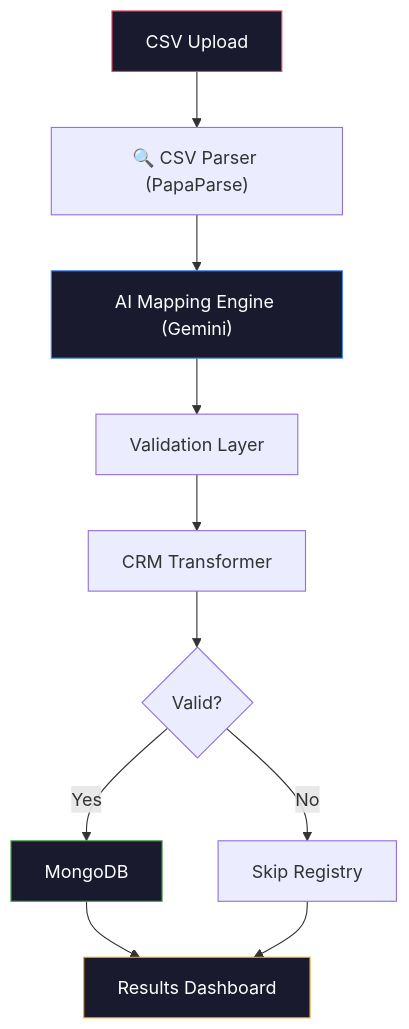
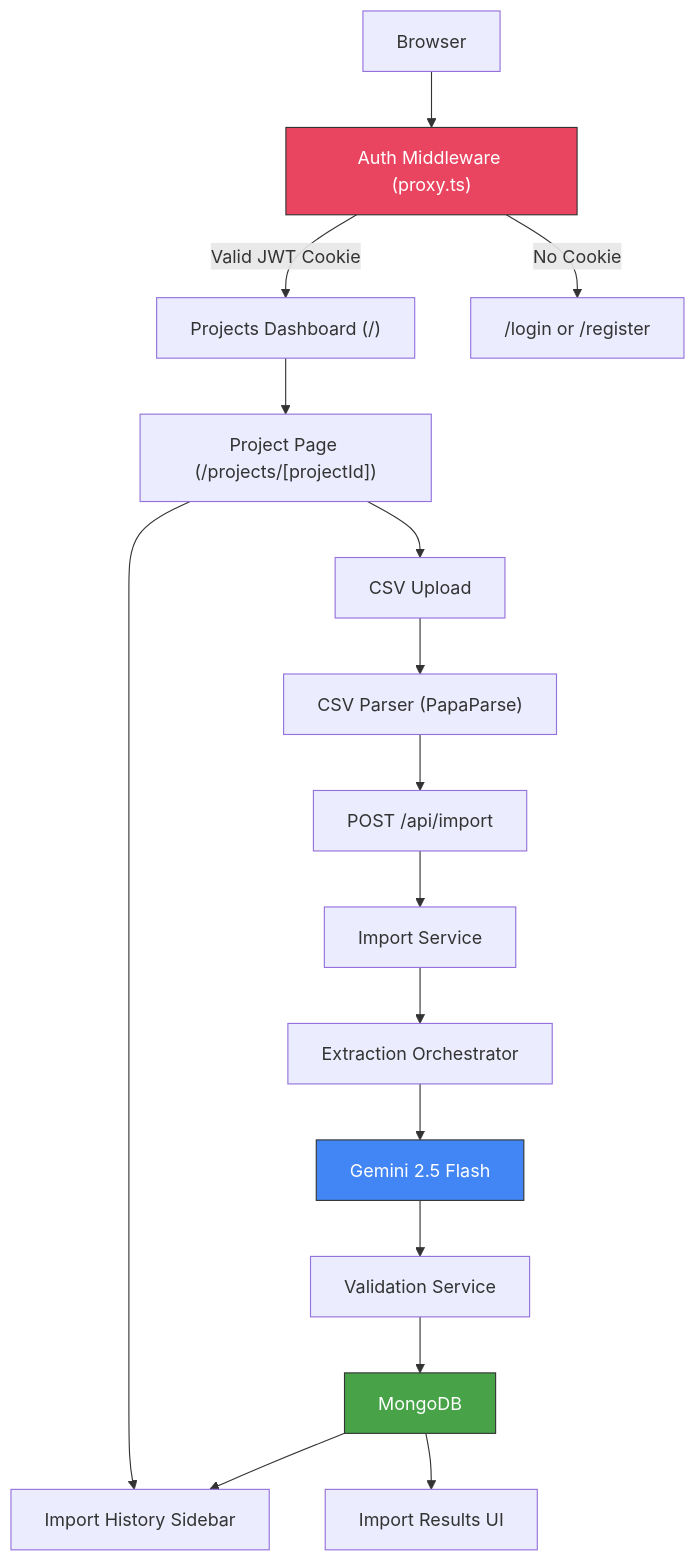
One commit to souma9830/GrowEasy changed the first of 2 diagrams in README.md. Above: the diagram before and after it, drawn with Mermaid. The commit also changed other lines of this file, not shown here.

````diff
--- a/README.md
+++ b/README.md
@@ -87,17 +97,24 @@
 ```mermaid
 flowchart TD
-    A["CSV Upload"] --> B["🔍 CSV Parser (PapaParse)"]
-    B --> C["AI Mapping Engine (Gemini)"]
-    C --> D[" Validation Layer"]
-    D --> E[" CRM Transformer"]
-    E --> F{"Valid?"}
-    F -- Yes --> G[" MongoDB"]
-    F -- No --> H[" Skip Registry"]
-    G --> I[" Results Dashboard"]
-    H --> I
+    A["Browser"] --> AUTH["Auth Middleware (proxy.ts)"]
+    AUTH -->|"Valid JWT Cookie"| DASH["Projects Dashboard (/)"]
+    AUTH -->|"No Cookie"| LOGIN["/login or /register"]
 
-    style A fill:#1a1a2e,stroke:#e94560,color:#fff
-    style C fill:#1a1a2e,stroke:#4285f4,color:#fff
-    style G fill:#1a1a2e,stroke:#47a248,color:#fff
-    style I fill:#1a1a2e,stroke:#f39c12,color:#fff
+    DASH --> PROJ["Project Page (/projects/[projectId])"]
+    PROJ --> SIDEBAR["Import History Sidebar"]
+    PROJ --> UPLOAD["CSV Upload"]
+
+    UPLOAD --> PARSE["CSV Parser (PapaParse)"]
+    PARSE --> API["POST /api/import"]
+    API --> SVC["Import Service"]
+    SVC --> ORCH["Extraction Orchestrator"]
+    ORCH --> GEMINI["Gemini 2.5 Flash"]
+    GEMINI --> VAL["Validation Service"]
+    VAL --> DB["MongoDB"]
+    DB --> RESULTS["Import Results UI"]
+    DB --> SIDEBAR
+
+    style GEMINI fill:#4285f4,stroke:#333,color:#fff
+    style DB fill:#47a248,stroke:#333,color:#fff
+    style AUTH fill:#e94560,stroke:#333,color:#fff
 ```
````
